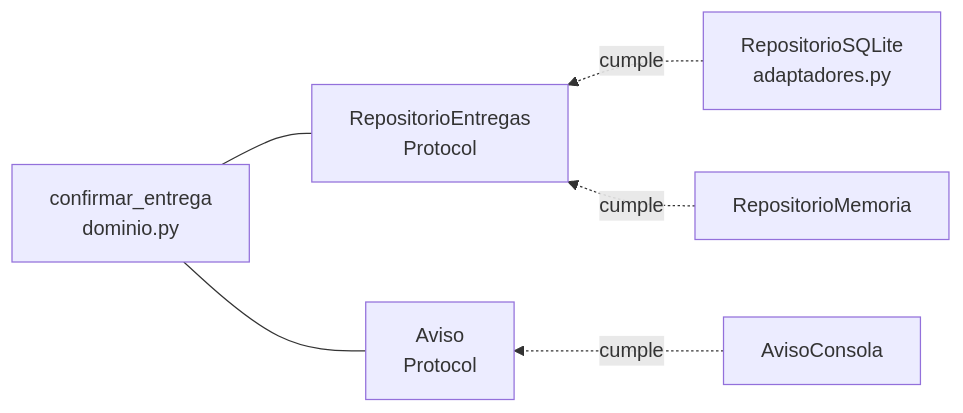
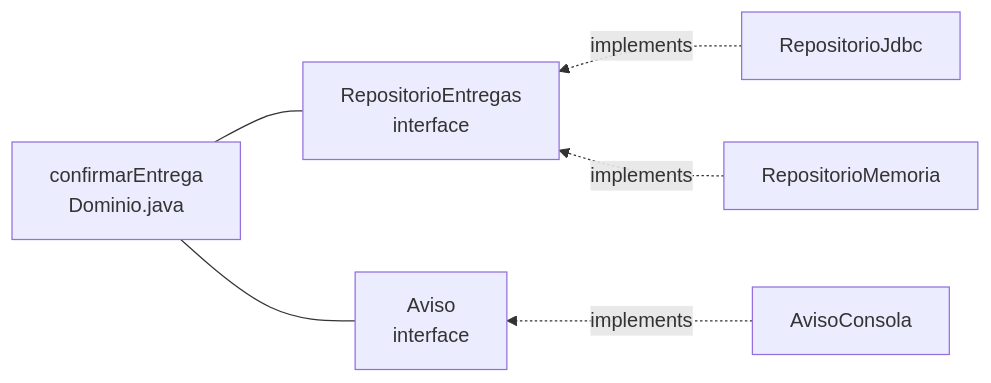
One commit to NICORUIZ93/The_Imperial_Book changed the fifth of 9 diagrams in web/public/content/arquitectura/modulo-0.md. Above: the diagram before and after it, drawn with Mermaid. The commit also changed other lines of this file and 3 other files, not shown here.

````diff
--- a/web/public/content/arquitectura/modulo-0.md
+++ b/web/public/content/arquitectura/modulo-0.md
@@ -797,8 +890,8 @@
 ```mermaid
 flowchart RL
-    SQL["RepositorioSQLite<br/>adaptadores.py"] -.->|"cumple"| RP["RepositorioEntregas<br/>Protocol"]
-    MEM["RepositorioMemoria"] -.->|"cumple"| RP
-    CON["AvisoConsola"] -.->|"cumple"| AV["Aviso<br/>Protocol"]
-    RP --- DOM["confirmar_entrega<br/>dominio.py"]
+    SQL["RepositorioJdbc"] -.->|"implements"| RP["RepositorioEntregas<br/>interface"]
+    MEM["RepositorioMemoria"] -.->|"implements"| RP
+    CON["AvisoConsola"] -.->|"implements"| AV["Aviso<br/>interface"]
+    RP --- DOM["confirmarEntrega<br/>Dominio.java"]
     AV --- DOM
 ```
````
